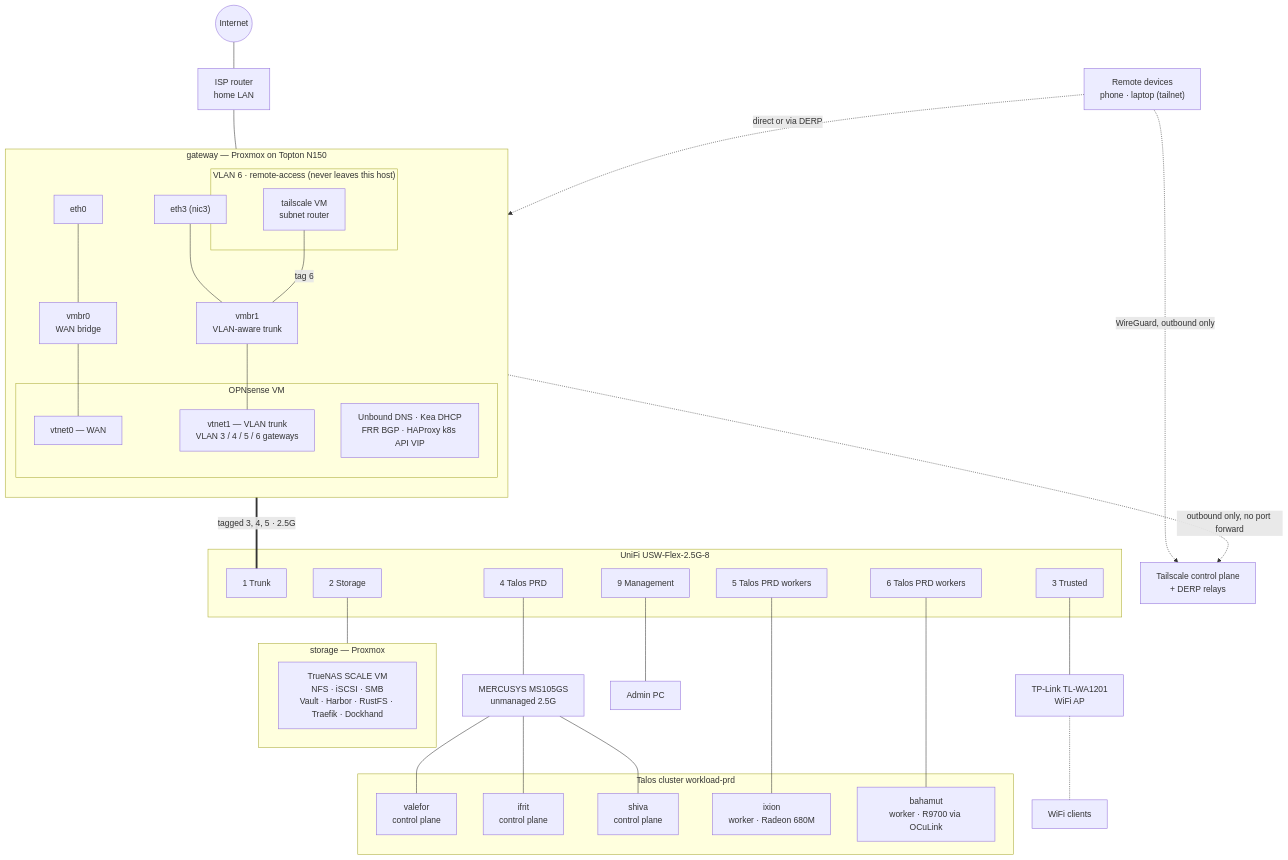
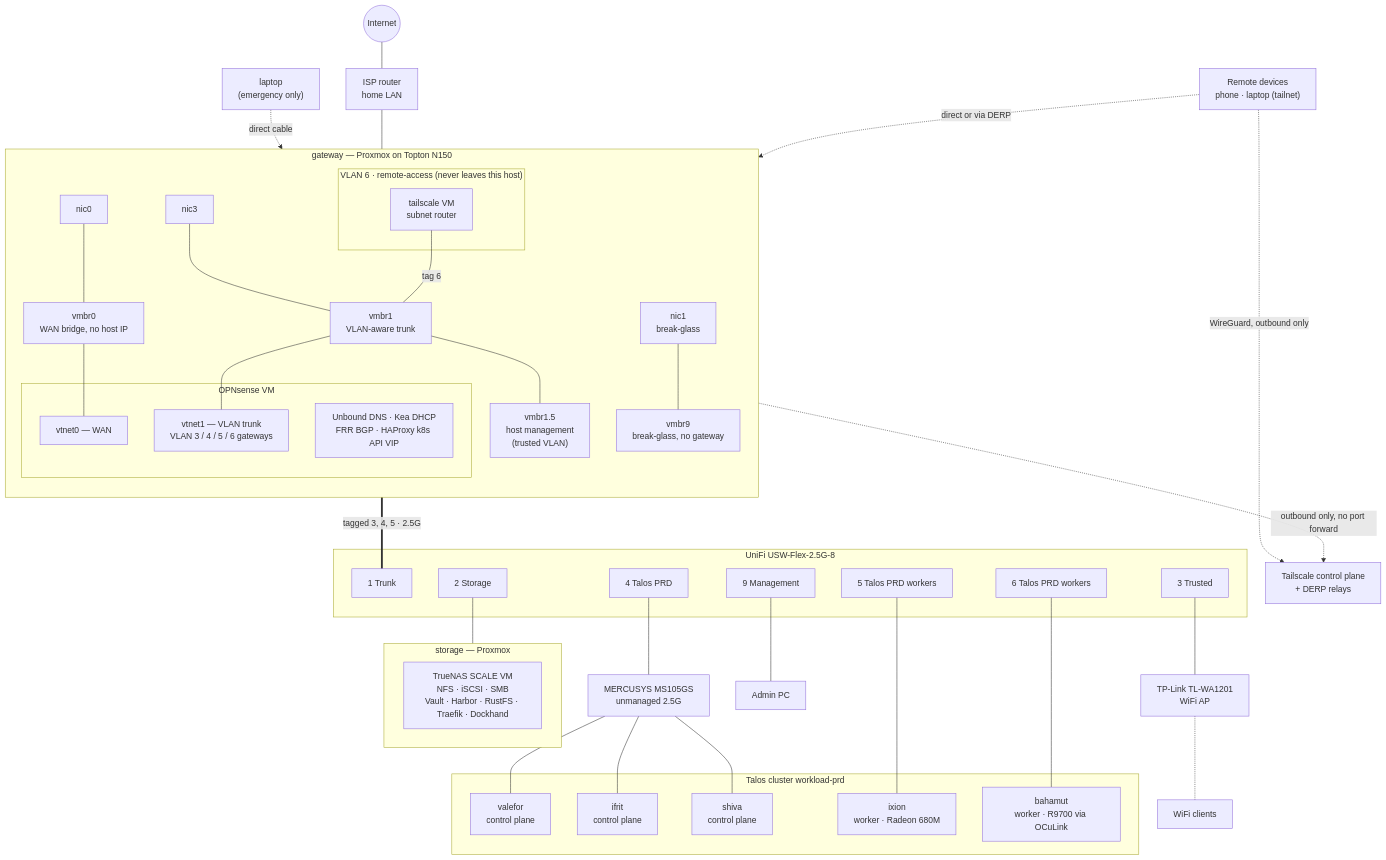
The diagram in docs/NETWORK.md (yuriy-kovalchuk/Homelab), drawn with Mermaid before and after one commit. The commit also changed other lines of this file and 18 other files, not shown here.

````diff
--- a/docs/NETWORK.md
+++ b/docs/NETWORK.md
@@ -9,70 +9,76 @@
 ```mermaid
 flowchart TB
     internet((Internet))
     tsctl["Tailscale control plane<br/>+ DERP relays"]
     remote["Remote devices<br/>phone · laptop (tailnet)"]
     isp["ISP router<br/>home LAN"]
 
     subgraph gw["gateway — Proxmox on Topton N150"]
         direction TB
-        eth0["eth0"]
-        eth3["eth3 (nic3)"]
-        vmbr0["vmbr0<br/>WAN bridge"]
+        eth0["nic0"]
+        eth3["nic3"]
+        nic1["nic1<br/>break-glass"]
+        vmbr0["vmbr0<br/>WAN bridge, no host IP"]
         vmbr1["vmbr1<br/>VLAN-aware trunk"]
+        mgmt["vmbr1.5<br/>host management<br/>(trusted VLAN)"]
+        vmbr9["vmbr9<br/>break-glass, no gateway"]
         subgraph opn["OPNsense VM"]
             wan["vtnet0 — WAN"]
             lan["vtnet1 — VLAN trunk<br/>VLAN 3 / 4 / 5 / 6 gateways"]
             svc["Unbound DNS · Kea DHCP<br/>FRR BGP · HAProxy k8s API VIP"]
         end
         subgraph v6["VLAN 6 · remote-access (never leaves this host)"]
             ts["tailscale VM<br/>subnet router"]
         end
         eth0 --- vmbr0 --- wan
         eth3 --- vmbr1 --- lan
         ts ---|"tag 6"| vmbr1
+        vmbr1 --- mgmt
+        nic1 --- vmbr9
     end
+    laptop["laptop<br/>(emergency only)"] -.->|direct cable| nic1
 
     subgraph sw["UniFi USW-Flex-2.5G-8"]
         p1["1 Trunk"]
         p2["2 Storage"]
         p3["3 Trusted"]
         p4["4 Talos PRD"]
         p5["5 Talos PRD workers"]
         p6["6 Talos PRD workers"]
         p9["9 Management"]
     end
 
     subgraph storage["storage — Proxmox"]
         truenas["TrueNAS SCALE VM<br/>NFS · iSCSI · SMB<br/>Vault · Harbor · RustFS · Traefik · Dockhand"]
     end
 
     ap["TP-Link TL-WA1201<br/>WiFi AP"]
     wifi["WiFi clients"]
     pc["Admin PC"]
 
     mercusys["MERCUSYS MS105GS<br/>unmanaged 2.5G"]
 
     subgraph k8s["Talos cluster workload-prd"]
         valefor["valefor<br/>control plane"]
         ifrit["ifrit<br/>control plane"]
         shiva["shiva<br/>control plane"]
         ixion["ixion<br/>worker · Radeon 680M"]
         bahamut["bahamut<br/>worker · R9700 via OCuLink"]
     end
 
     internet --- isp --- eth0
     eth3 ===|"tagged 3, 4, 5 · 2.5G"| p1
     p2 --- storage
     p3 --- ap -.- wifi
     p9 --- pc
     p4 --- mercusys
     mercusys --- valefor
     mercusys --- ifrit
     mercusys --- shiva
     p5 --- ixion
     p6 --- bahamut
 
     remote -.->|"WireGuard, outbound only"| tsctl
     ts -.->|"outbound only, no port forward"| tsctl
     remote -.->|"direct or via DERP"| ts
 ```
````
